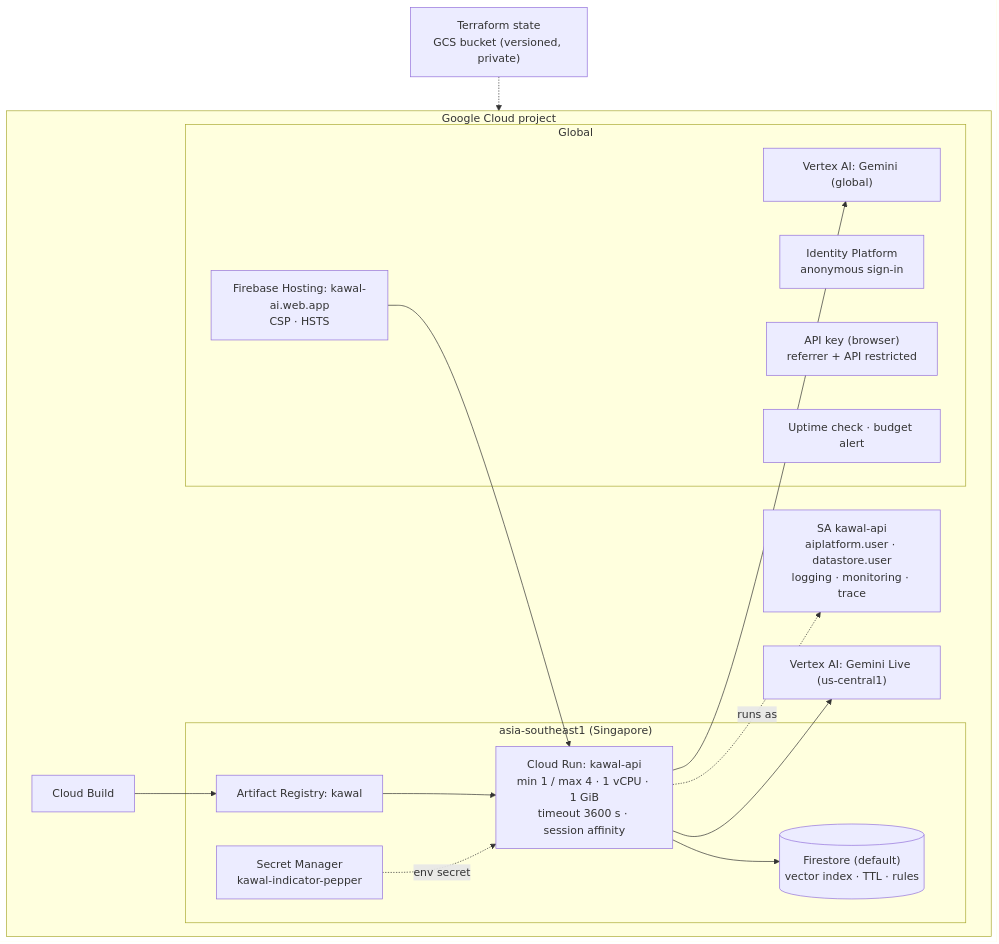
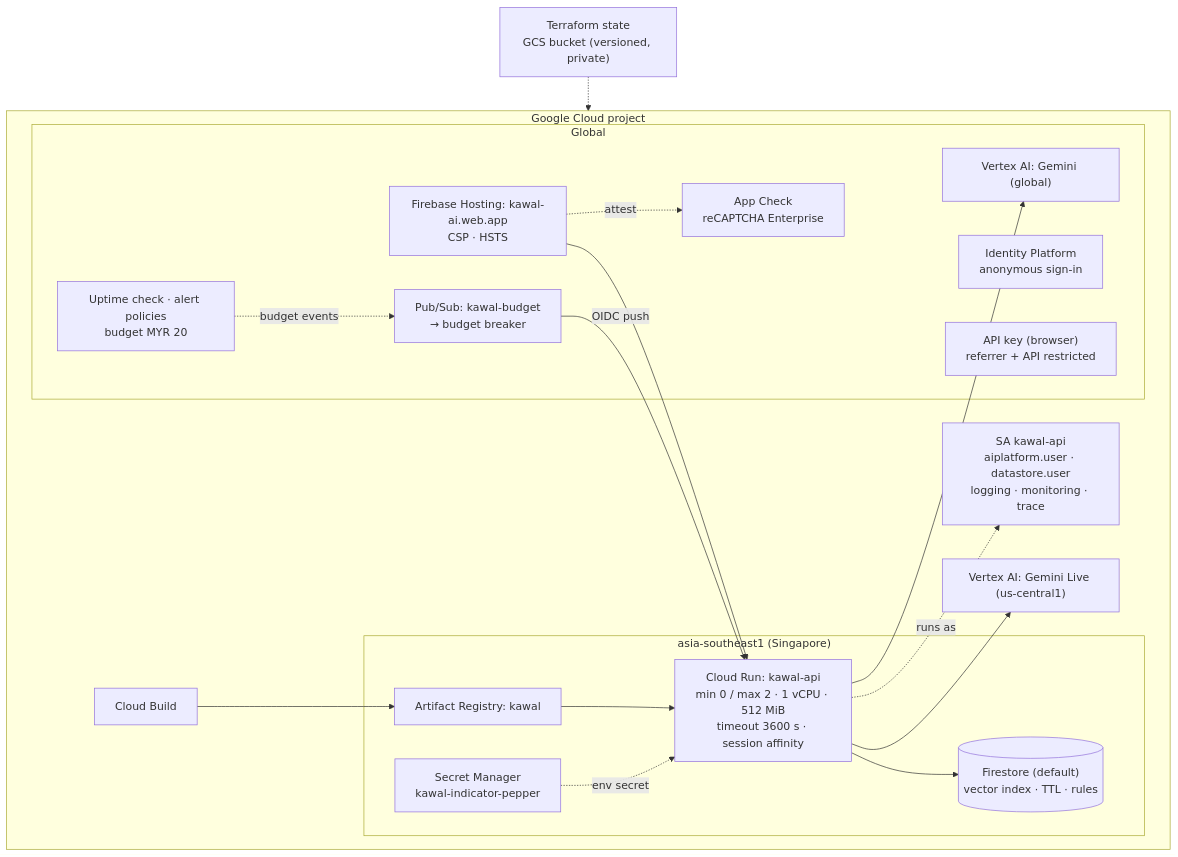
The sixth of 6 diagrams in docs/ARCHITECTURE.md (wishwhitehat/kawal), drawn with Mermaid before and after one commit. The commit also changed other lines of this file and 9 other files, not shown here.

Commit message:
Docs: cost & abuse controls, updated architecture, security and deployment

````diff
--- a/docs/ARCHITECTURE.md
+++ b/docs/ARCHITECTURE.md
@@ -240,29 +240,34 @@
 ```mermaid
 flowchart TB
   subgraph gcp["Google Cloud project"]
     subgraph sg["asia-southeast1 (Singapore)"]
-      RUN["Cloud Run: kawal-api<br/>min 1 / max 4 · 1 vCPU · 1 GiB<br/>timeout 3600 s · session affinity"]
+      RUN["Cloud Run: kawal-api<br/>min 0 / max 2 · 1 vCPU · 512 MiB<br/>timeout 3600 s · session affinity"]
       AR["Artifact Registry: kawal"]
       FS[("Firestore (default)<br/>vector index · TTL · rules")]
       SM["Secret Manager<br/>kawal-indicator-pepper"]
     end
     subgraph glob["Global"]
       HOST["Firebase Hosting: kawal-ai.web.app<br/>CSP · HSTS"]
       AUTH["Identity Platform<br/>anonymous sign-in"]
+      APPC["App Check<br/>reCAPTCHA Enterprise"]
+      PS["Pub/Sub: kawal-budget<br/>→ budget breaker"]
       KEY["API key (browser)<br/>referrer + API restricted"]
       VX["Vertex AI: Gemini (global)"]
-      MON["Uptime check · budget alert"]
+      MON["Uptime check · alert policies<br/>budget MYR 20"]
     end
     VXL["Vertex AI: Gemini Live (us-central1)"]
     CB["Cloud Build"]
     SA["SA kawal-api<br/>aiplatform.user · datastore.user<br/>logging · monitoring · trace"]
   end
   TF["Terraform state<br/>GCS bucket (versioned, private)"]
 
   CB --> AR --> RUN
   RUN -. "runs as" .-> SA
   RUN --> FS & VX & VXL
   SM -. "env secret" .-> RUN
   HOST --> RUN
+  HOST -. "attest" .-> APPC
+  MON -. "budget events" .-> PS
+  PS -->|"OIDC push"| RUN
   TF -.-> gcp
 ```
````
